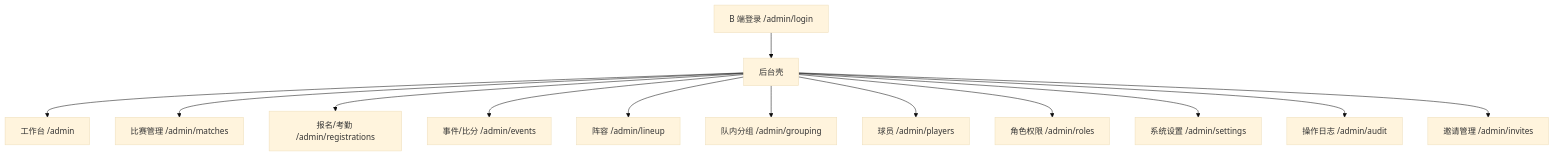
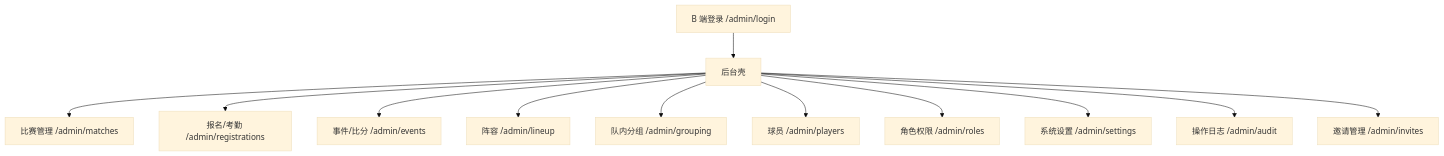
Before and after one commit to zhouyacheng/yunhefc: the second of 9 diagrams in docs/design/02.页面结构与交互设计.md, drawn with Mermaid (base theme). The commit also changed other lines of this file and 16 other files, not shown here.

Commit message:
docs: sync design docs, rules, prototype and schema with implementation

````diff
--- a/docs/design/02.页面结构与交互设计.md
+++ b/docs/design/02.页面结构与交互设计.md
@@ -44,15 +44,14 @@
 ```mermaid
 flowchart TD
   AdminLogin[B 端登录 /admin/login] --> Shell[后台壳]
-  Shell --> Dashboard[工作台 /admin]
   Shell --> Matches[比赛管理 /admin/matches]
   Shell --> Registrations[报名/考勤 /admin/registrations]
   Shell --> Events[事件/比分 /admin/events]
   Shell --> Lineup[阵容 /admin/lineup]
   Shell --> Grouping[队内分组 /admin/grouping]
   Shell --> Players[球员 /admin/players]
   Shell --> Roles[角色权限 /admin/roles]
   Shell --> Settings[系统设置 /admin/settings]
   Shell --> Audit[操作日志 /admin/audit]
   Shell --> Invites[邀请管理 /admin/invites]
 ```
````
